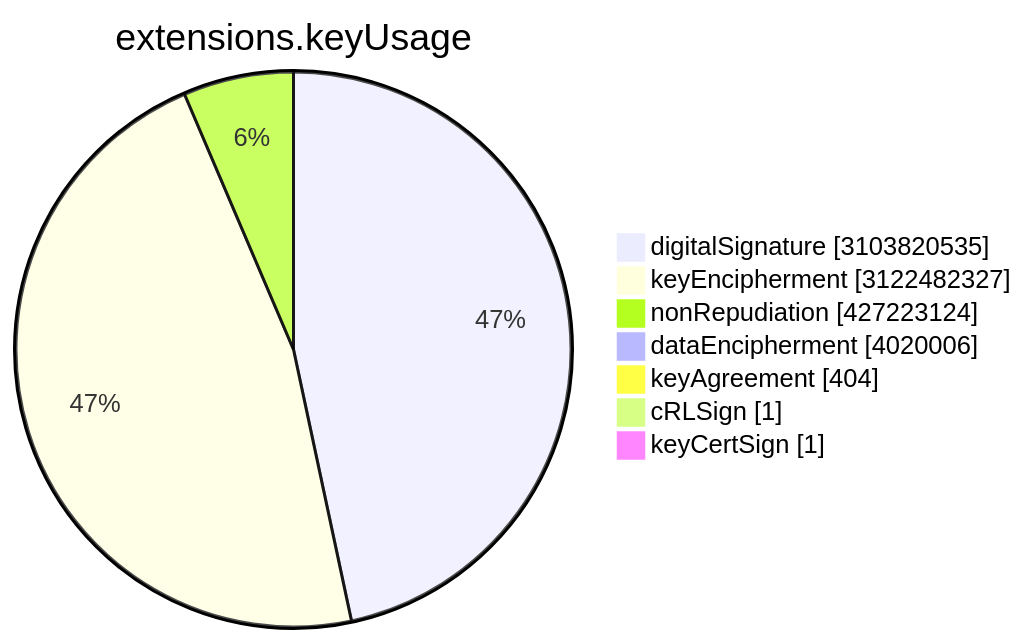
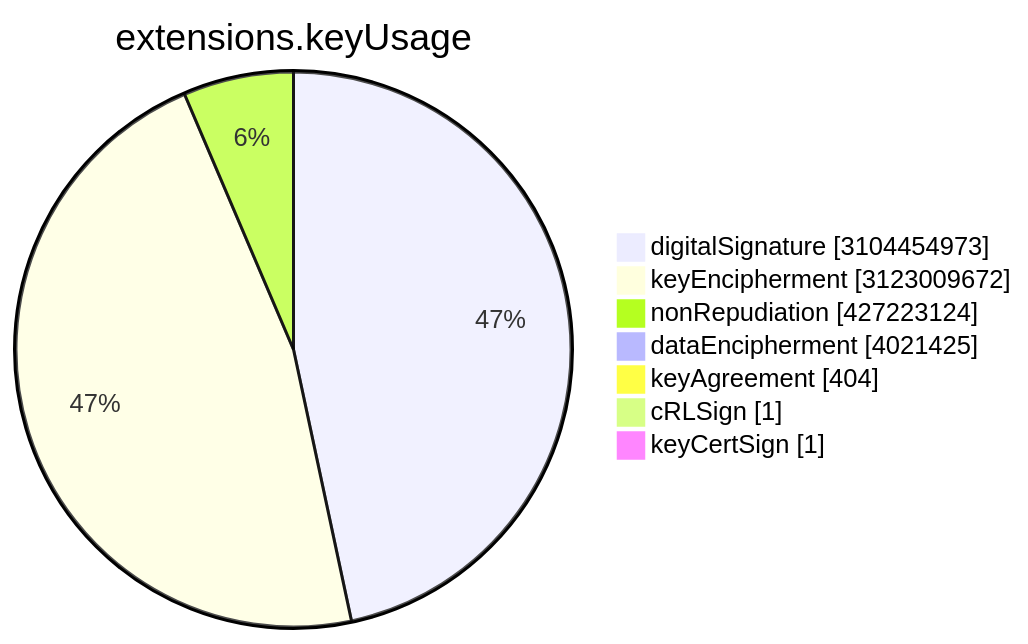
One commit to christiankrug/ctmonitor_visualization changed the sixth of 15 diagrams in TOTAL/README.md. Above: the diagram before and after it, drawn with Mermaid. The commit also changed other lines of this file, not shown here.

````diff
--- a/TOTAL/README.md
+++ b/TOTAL/README.md
@@ -3077,11 +3077,11 @@
 ```mermaid
 pie showData
 title extensions.keyUsage
-"digitalSignature" :3103820535
-"keyEncipherment" :3122482327
+"digitalSignature" :3104454973
+"keyEncipherment" :3123009672
 "nonRepudiation" :427223124
-"dataEncipherment" :4020006
+"dataEncipherment" :4021425
 "keyAgreement" :404
 "cRLSign" :1
 "keyCertSign" :1
 ```
````
